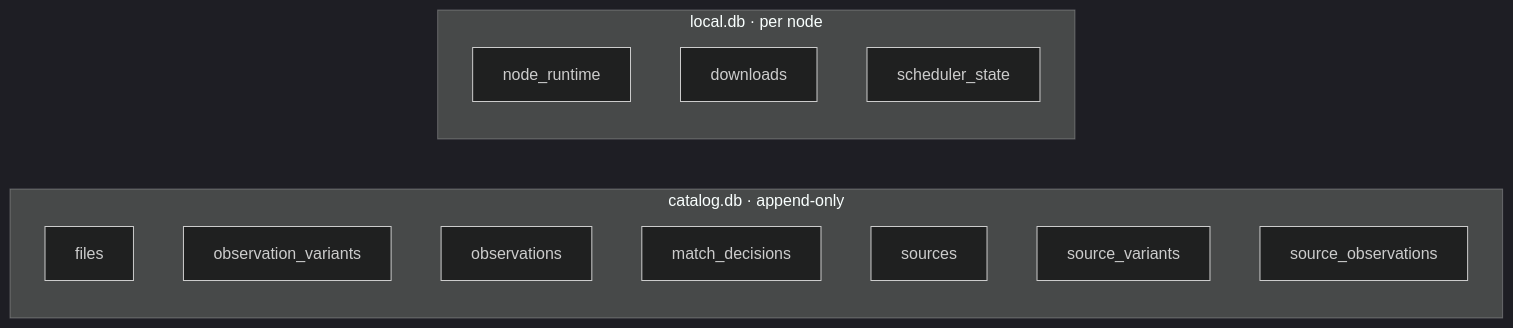
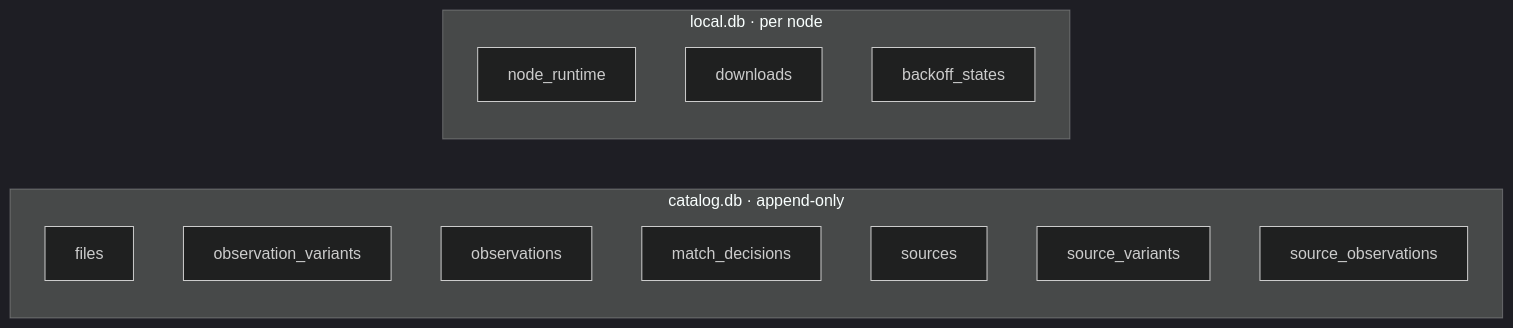
One commit to mission-titar/p2pwatch changed the ninth of 12 diagrams in docs/contributing/architecture.md. Above: the diagram before and after it, drawn with Mermaid (dark theme). The commit also changed other lines of this file and 26 other files, not shown here.

First line of the commit message:
refactor(crawler): the backoff waits on the monotonic clock, persisted in backoff_states

````diff
--- a/docs/contributing/architecture.md
+++ b/docs/contributing/architecture.md
@@ -382,17 +385,17 @@
 ```mermaid
 flowchart LR
   subgraph cat["catalog.db · append-only"]
     f["files"]
     ov["observation_variants"]
     o["observations"]
     md["match_decisions"]
     s["sources"]
     sv["source_variants"]
     so["source_observations"]
   end
   subgraph loc["local.db · per node"]
     nr["node_runtime"]
     dl["downloads"]
-    ss["scheduler_state"]
+    bs["backoff_states"]
   end
 ```
````
